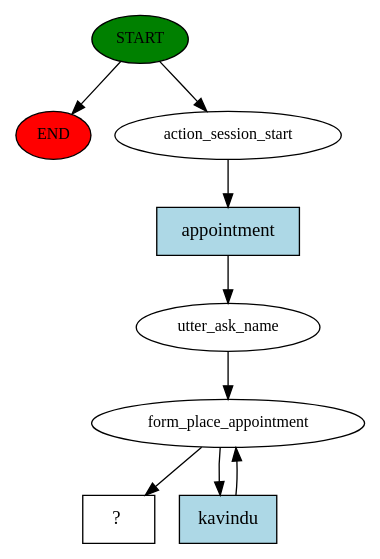
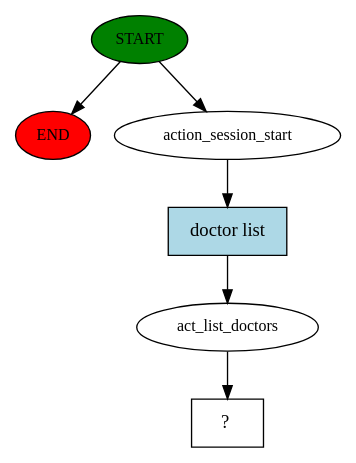
The diagram in Healthcare/story_graph.dot (NLP-based-Chatbot/NLP), drawn with Graphviz before and after one commit. The commit also changed 6 other files, not shown here.

```diff
--- a/Healthcare/story_graph.dot
+++ b/Healthcare/story_graph.dot
@@ -1,18 +1,13 @@
 digraph  {
 0 [class="start active", fillcolor=green, fontsize=12, label=START, style=filled];
 "-1" [class=end, fillcolor=red, fontsize=12, label=END, style=filled];
 1 [class=active, fontsize=12, label=action_session_start];
-2 [class=active, fontsize=12, label=utter_ask_name];
-3 [class=active, fontsize=12, label=form_place_appointment];
-5 [class="intent dashed active", label="  ?  ", shape=rect];
-6 [class="intent active", fillcolor=lightblue, label=appointment, shape=rect, style=filled];
-7 [class="intent active", fillcolor=lightblue, label=kavindu, shape=rect, style=filled];
+2 [class=active, fontsize=12, label=act_list_doctors];
+3 [class="intent dashed active", label="  ?  ", shape=rect];
+4 [class="intent active", fillcolor=lightblue, label="doctor list", shape=rect, style=filled];
 0 -> "-1"  [class="", key=NONE, label=""];
 0 -> 1  [class=active, key=NONE, label=""];
-1 -> 6  [class=active, key=0];
+1 -> 4  [class=active, key=0];
 2 -> 3  [class=active, key=NONE, label=""];
-3 -> 5  [class=active, key=NONE, label=""];
-3 -> 7  [class=active, key=0];
-6 -> 2  [class=active, key=0];
-7 -> 3  [class=active, key=0];
+4 -> 2  [class=active, key=0];
 }
```
